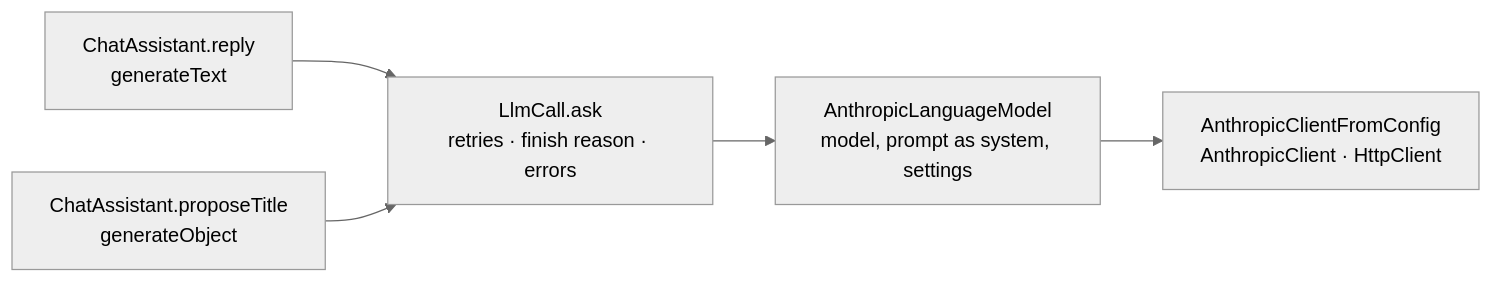
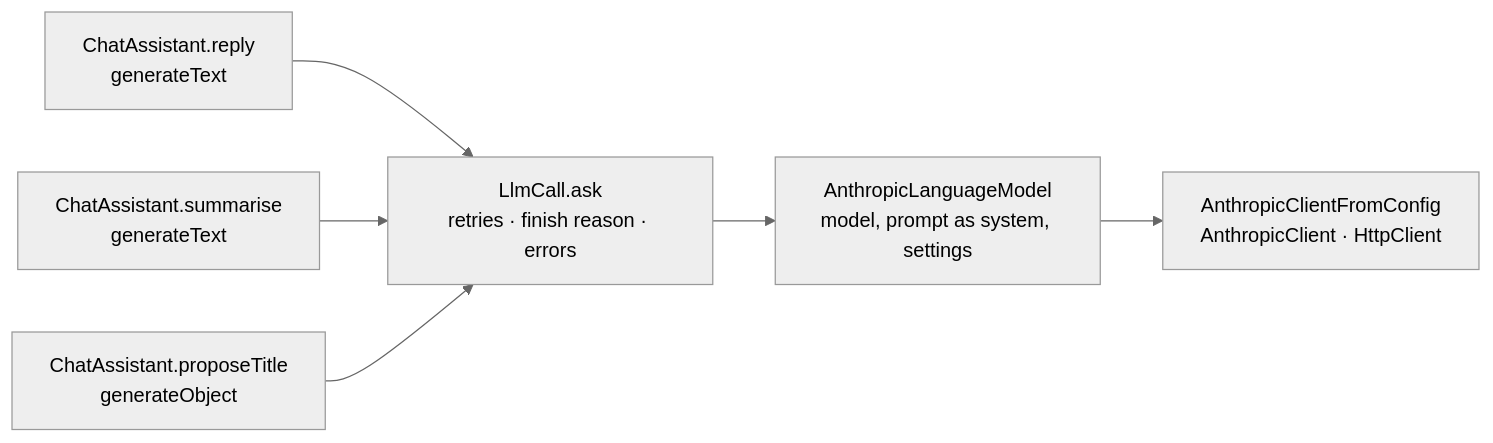
The diagram in docs/knowledge/ai.md (khotei/app-template), drawn with Mermaid (neutral theme) before and after one commit. The commit also changed other lines of this file, not shown here.

First line of the commit message:
:memo: docs(chat): (REVIEW) Name the summary's prompt and call

````diff
--- a/docs/knowledge/ai.md
+++ b/docs/knowledge/ai.md
@@ -23,7 +23,8 @@
 ```mermaid
 graph LR
   M["ChatAssistant.reply<br/>generateText"] --> R["LlmCall.ask<br/>retries · finish reason · errors"]
+  S["ChatAssistant.summarise<br/>generateText"] --> R
   T["ChatAssistant.proposeTitle<br/>generateObject"] --> R
   R --> A["AnthropicLanguageModel<br/>model, prompt as system, settings"]
   A --> K["AnthropicClientFromConfig<br/>AnthropicClient · HttpClient"]
 ```
````
